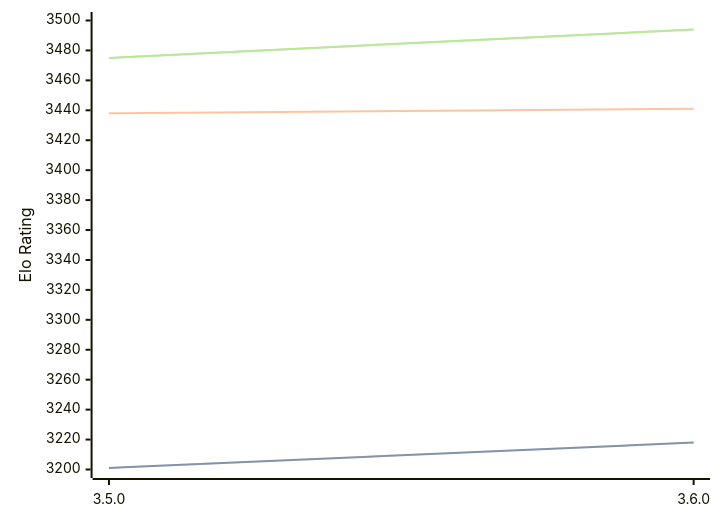
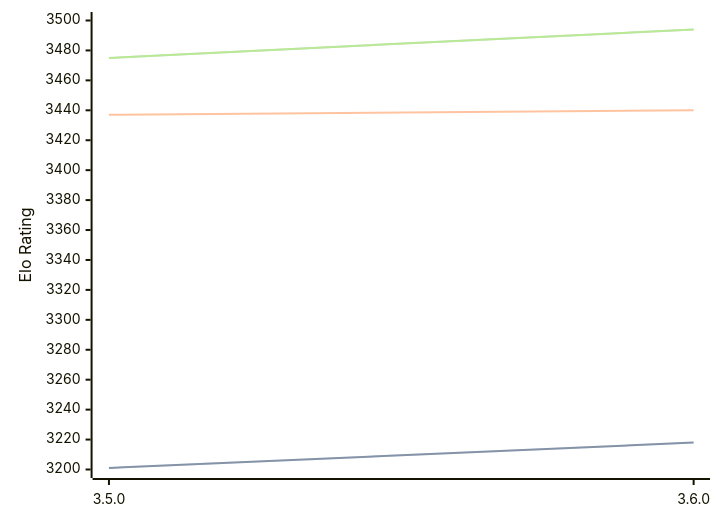
The diagram in engines/Igel.md (computer-chess-index/cci), drawn with Mermaid before and after one commit. The commit also changed other lines of this file, not shown here.

````diff
--- a/engines/Igel.md
+++ b/engines/Igel.md
@@ -66,11 +66,11 @@
 ```mermaid
 %%{init: {"theme":"base","themeVariables":{"seriesColors:['#a3a3a3','#222221','#faa371']}}}%%
 xychart-beta
   x-axis ["3.5.0", "3.6.0"]
   y-axis "Elo Rating" 3200 --> 3500
   line "STC (8.0+0.08s)" [3201, 3218]
   line "STC (8.0+0.08s)" [3201, 3218]
-  line "LTC (60.0+0.60s)" [3438, 3441]
+  line "LTC (60.0+0.60s)" [3437, 3440]
   line "VLTC (2m24s+1.12s)" [3475, 3494]
   line "VLTC (2m24s+1.12s)" [3475, 3494]
 ```
````
